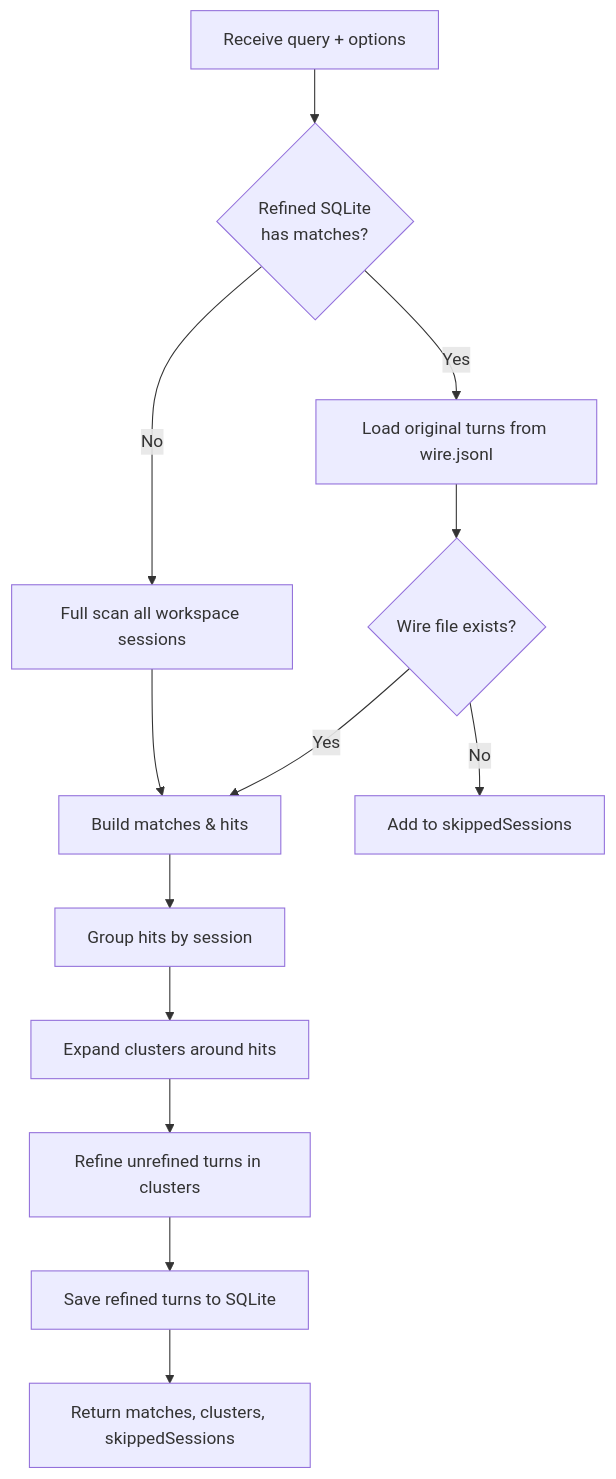
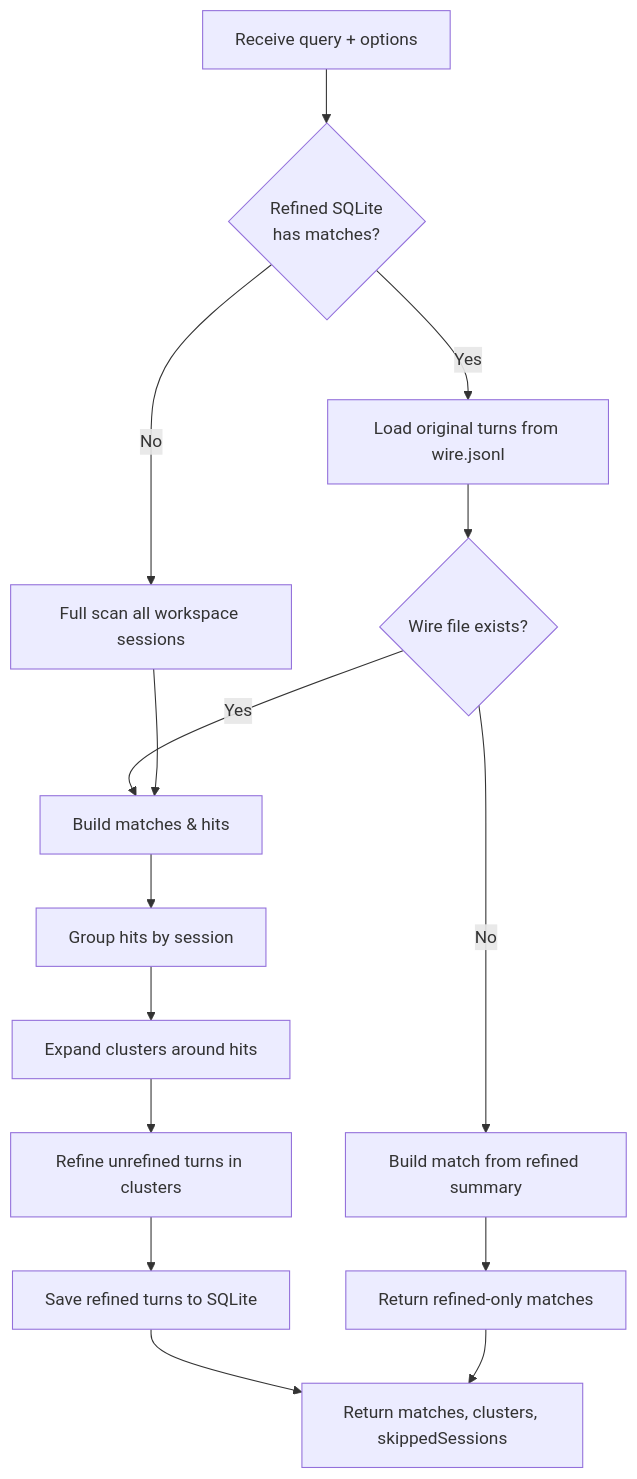
One commit to Zehee/kimi-code-memory-mcp-server changed the second of 2 diagrams in docs/search-logic.md. Above: the diagram before and after it, drawn with Mermaid. The commit also changed other lines of this file and 3 other files, not shown here.

First line of the commit message:
feat(search_context): return refined data when original wire is missing

````diff
--- a/docs/search-logic.md
+++ b/docs/search-logic.md
@@ -68,16 +68,18 @@
 ```mermaid
 flowchart TD
     A[Receive query + options] --> B{Refined SQLite
     has matches?}
     B -->|Yes| C[Load original turns from wire.jsonl]
     B -->|No| D[Full scan all workspace sessions]
     C --> E{Wire file exists?}
     E -->|Yes| F[Build matches & hits]
-    E -->|No| G[Add to skippedSessions]
+    E -->|No| G[Build match from refined summary]
     D --> F
     F --> H[Group hits by session]
+    G --> M[Return refined-only matches]
     H --> I[Expand clusters around hits]
     I --> J[Refine unrefined turns in clusters]
     J --> K[Save refined turns to SQLite]
     K --> L[Return matches, clusters, skippedSessions]
+    M --> L
 ```
````
